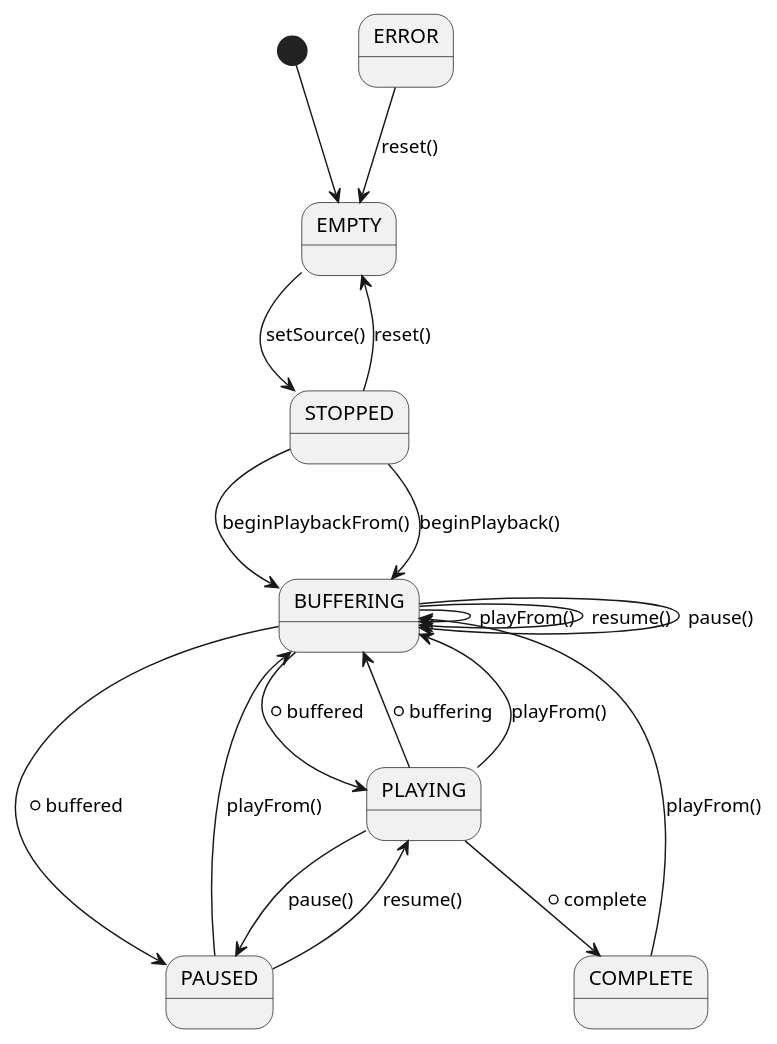
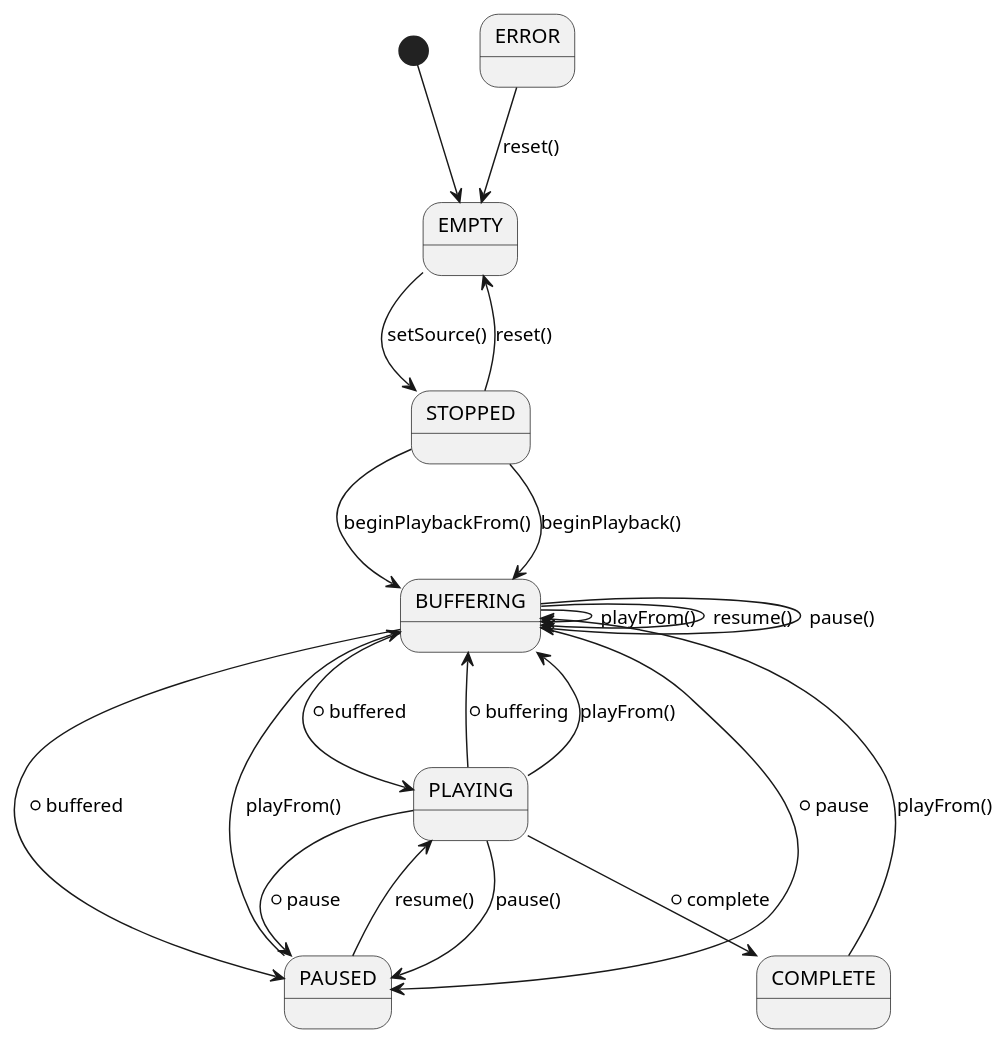
The diagram in _uml/overview/new_media_api.puml (bbc/tal), drawn with PlantUML before and after one commit. The commit also changed 1 other file, not shown here.

Commit message:
Updated img and uml diagram for the new media states

```diff
--- a/_uml/overview/new_media_api.puml
+++ b/_uml/overview/new_media_api.puml
@@ -1,20 +1,22 @@
 @startuml
 [*] --> EMPTY
 EMPTY --> STOPPED : setSource()
 STOPPED --> EMPTY : reset()
 STOPPED --> BUFFERING : beginPlaybackFrom()
 STOPPED --> BUFFERING : beginPlayback()
 BUFFERING --> BUFFERING : playFrom()
 BUFFERING --> BUFFERING :resume()
 BUFFERING --> BUFFERING : pause()
 BUFFERING --> PLAYING : *buffered
 BUFFERING --> PAUSED : *buffered
+BUFFERING --> PAUSED : *pause
 PLAYING --> PAUSED : pause()
+PLAYING -->PAUSED: *pause
 PLAYING --> BUFFERING : *buffering
 PLAYING --> BUFFERING : playFrom()
 PLAYING --> COMPLETE : *complete
 PAUSED --> PLAYING : resume()
 PAUSED --> BUFFERING : playFrom()
 COMPLETE --> BUFFERING : playFrom()
 ERROR --> EMPTY : reset()
 @enduml
```
